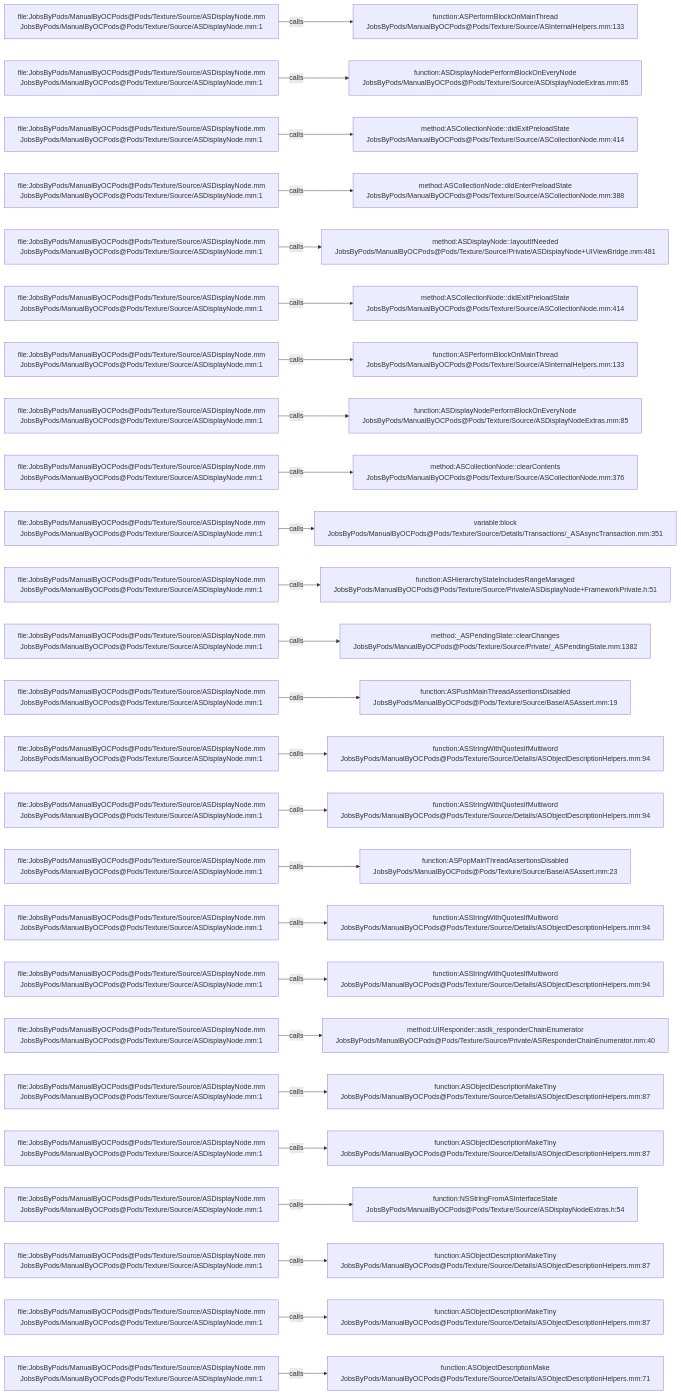
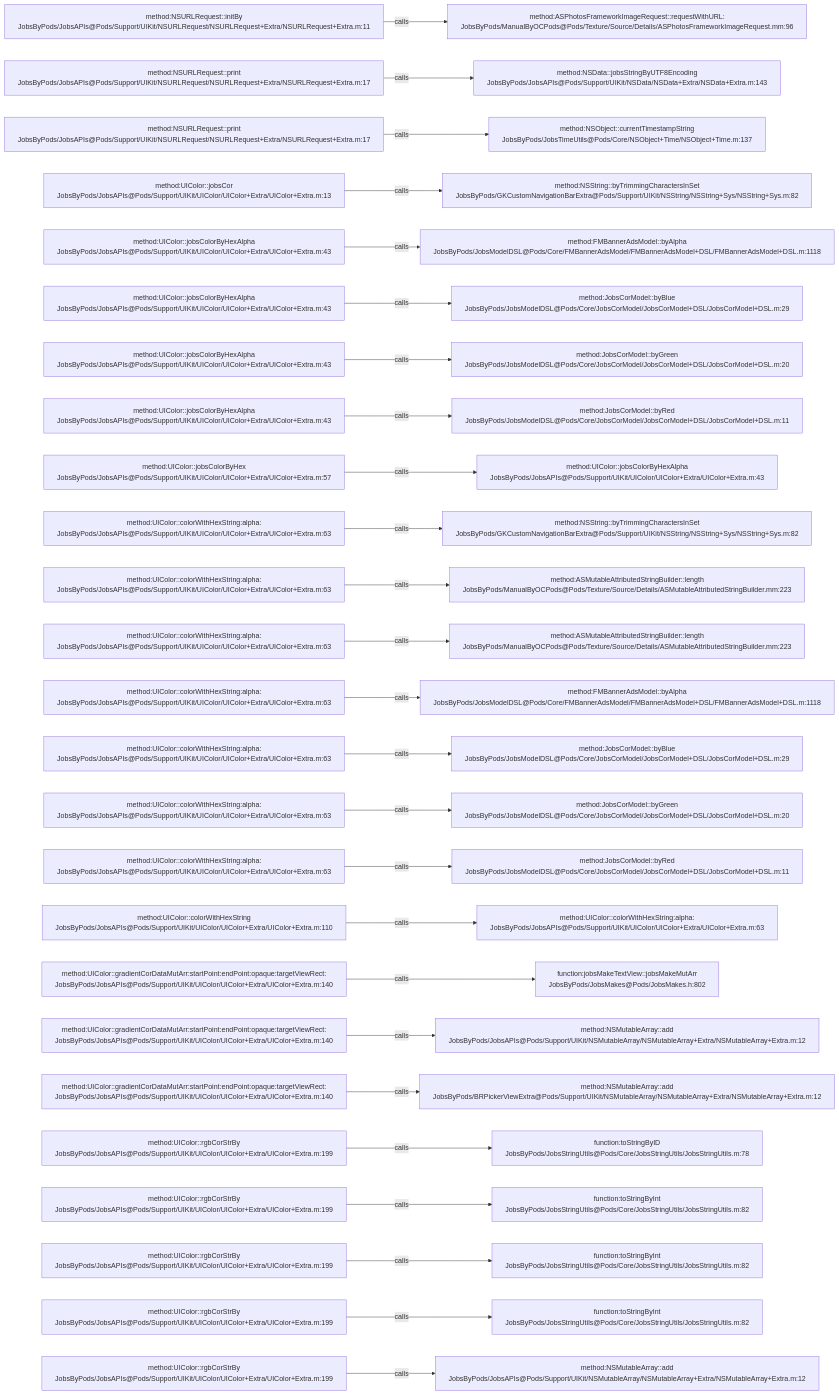
Before and after one commit to JobsKits/JobsOCBaseConfigDemo: the diagram in .codegraph/codegraph.md/graphs/calls-089.md, drawn with Mermaid. The commit also changed 768 other files, not shown here.

````diff
--- a/.codegraph/codegraph.md/graphs/calls-089.md
+++ b/.codegraph/codegraph.md/graphs/calls-089.md
@@ -13,78 +13,78 @@
 ```mermaid
 flowchart LR
-  S1["file:JobsByPods/ManualByOCPods@Pods/Texture/Source/ASDisplayNode.mm<br/>JobsByPods/ManualByOCPods@Pods/Texture/Source/ASDisplayNode.mm:1"]
-  T1["function:ASPerformBlockOnMainThread<br/>JobsByPods/ManualByOCPods@Pods/Texture/Source/ASInternalHelpers.mm:133"]
+  S1["method:NSURLRequest::initBy<br/>JobsByPods/JobsAPIs@Pods/Support/UIKit/NSURLRequest/NSURLRequest+Extra/NSURLRequest+Extra.m:11"]
+  T1["method:ASPhotosFrameworkImageRequest::requestWithURL:<br/>JobsByPods/ManualByOCPods@Pods/Texture/Source/Details/ASPhotosFrameworkImageRequest.mm:96"]
   S1 -->|calls| T1
-  S2["file:JobsByPods/ManualByOCPods@Pods/Texture/Source/ASDisplayNode.mm<br/>JobsByPods/ManualByOCPods@Pods/Texture/Source/ASDisplayNode.mm:1"]
-  T2["function:ASDisplayNodePerformBlockOnEveryNode<br/>JobsByPods/ManualByOCPods@Pods/Texture/Source/ASDisplayNodeExtras.mm:85"]
+  S2["method:NSURLRequest::print<br/>JobsByPods/JobsAPIs@Pods/Support/UIKit/NSURLRequest/NSURLRequest+Extra/NSURLRequest+Extra.m:17"]
+  T2["method:NSData::jobsStringByUTF8Encoding<br/>JobsByPods/JobsAPIs@Pods/Support/UIKit/NSData/NSData+Extra/NSData+Extra.m:143"]
   S2 -->|calls| T2
-  S3["file:JobsByPods/ManualByOCPods@Pods/Texture/Source/ASDisplayNode.mm<br/>JobsByPods/ManualByOCPods@Pods/Texture/Source/ASDisplayNode.mm:1"]
-  T3["method:ASCollectionNode::didExitPreloadState<br/>JobsByPods/ManualByOCPods@Pods/Texture/Source/ASCollectionNode.mm:414"]
+  S3["method:NSURLRequest::print<br/>JobsByPods/JobsAPIs@Pods/Support/UIKit/NSURLRequest/NSURLRequest+Extra/NSURLRequest+Extra.m:17"]
+  T3["method:NSObject::currentTimestampString<br/>JobsByPods/JobsTimeUtils@Pods/Core/NSObject+Time/NSObject+Time.m:137"]
   S3 -->|calls| T3
-  S4["file:JobsByPods/ManualByOCPods@Pods/Texture/Source/ASDisplayNode.mm<br/>JobsByPods/ManualByOCPods@Pods/Texture/Source/ASDisplayNode.mm:1"]
-  T4["method:ASCollectionNode::didEnterPreloadState<br/>JobsByPods/ManualByOCPods@Pods/Texture/Source/ASCollectionNode.mm:388"]
+  S4["method:UIColor::jobsCor<br/>JobsByPods/JobsAPIs@Pods/Support/UIKit/UIColor/UIColor+Extra/UIColor+Extra.m:13"]
+  T4["method:NSString::byTrimmingCharactersInSet<br/>JobsByPods/GKCustomNavigationBarExtra@Pods/Support/UIKit/NSString/NSString+Sys/NSString+Sys.m:82"]
   S4 -->|calls| T4
-  S5["file:JobsByPods/ManualByOCPods@Pods/Texture/Source/ASDisplayNode.mm<br/>JobsByPods/ManualByOCPods@Pods/Texture/Source/ASDisplayNode.mm:1"]
-  T5["method:ASDisplayNode::layoutIfNeeded<br/>JobsByPods/ManualByOCPods@Pods/Texture/Source/Private/ASDisplayNode+UIViewBridge.mm:481"]
+  S5["method:UIColor::jobsColorByHexAlpha<br/>JobsByPods/JobsAPIs@Pods/Support/UIKit/UIColor/UIColor+Extra/UIColor+Extra.m:43"]
+  T5["method:FMBannerAdsModel::byAlpha<br/>JobsByPods/JobsModelDSL@Pods/Core/FMBannerAdsModel/FMBannerAdsModel+DSL/FMBannerAdsModel+DSL.m:1118"]
   S5 -->|calls| T5
-  S6["file:JobsByPods/ManualByOCPods@Pods/Texture/Source/ASDisplayNode.mm<br/>JobsByPods/ManualByOCPods@Pods/Texture/Source/ASDisplayNode.mm:1"]
-  T6["method:ASCollectionNode::didExitPreloadState<br/>JobsByPods/ManualByOCPods@Pods/Texture/Source/ASCollectionNode.mm:414"]
+  S6["method:UIColor::jobsColorByHexAlpha<br/>JobsByPods/JobsAPIs@Pods/Support/UIKit/UIColor/UIColor+Extra/UIColor+Extra.m:43"]
+  T6["method:JobsCorModel::byBlue<br/>JobsByPods/JobsModelDSL@Pods/Core/JobsCorModel/JobsCorModel+DSL/JobsCorModel+DSL.m:29"]
   S6 -->|calls| T6
-  S7["file:JobsByPods/ManualByOCPods@Pods/Texture/Source/ASDisplayNode.mm<br/>JobsByPods/ManualByOCPods@Pods/Texture/Source/ASDisplayNode.mm:1"]
-  T7["function:ASPerformBlockOnMainThread<br/>JobsByPods/ManualByOCPods@Pods/Texture/Source/ASInternalHelpers.mm:133"]
+  S7["method:UIColor::jobsColorByHexAlpha<br/>JobsByPods/JobsAPIs@Pods/Support/UIKit/UIColor/UIColor+Extra/UIColor+Extra.m:43"]
+  T7["method:JobsCorModel::byGreen<br/>JobsByPods/JobsModelDSL@Pods/Core/JobsCorModel/JobsCorModel+DSL/JobsCorModel+DSL.m:20"]
   S7 -->|calls| T7
-  S8["file:JobsByPods/ManualByOCPods@Pods/Texture/Source/ASDisplayNode.mm<br/>JobsByPods/ManualByOCPods@Pods/Texture/Source/ASDisplayNode.mm:1"]
-  T8["function:ASDisplayNodePerformBlockOnEveryNode<br/>JobsByPods/ManualByOCPods@Pods/Texture/Source/ASDisplayNodeExtras.mm:85"]
+  S8["method:UIColor::jobsColorByHexAlpha<br/>JobsByPods/JobsAPIs@Pods/Support/UIKit/UIColor/UIColor+Extra/UIColor+Extra.m:43"]
+  T8["method:JobsCorModel::byRed<br/>JobsByPods/JobsModelDSL@Pods/Core/JobsCorModel/JobsCorModel+DSL/JobsCorModel+DSL.m:11"]
   S8 -->|calls| T8
-  S9["file:JobsByPods/ManualByOCPods@Pods/Texture/Source/ASDisplayNode.mm<br/>JobsByPods/ManualByOCPods@Pods/Texture/Source/ASDisplayNode.mm:1"]
-  T9["method:ASCollectionNode::clearContents<br/>JobsByPods/ManualByOCPods@Pods/Texture/Source/ASCollectionNode.mm:376"]
+  S9["method:UIColor::jobsColorByHex<br/>JobsByPods/JobsAPIs@Pods/Support/UIKit/UIColor/UIColor+Extra/UIColor+Extra.m:57"]
+  T9["method:UIColor::jobsColorByHexAlpha<br/>JobsByPods/JobsAPIs@Pods/Support/UIKit/UIColor/UIColor+Extra/UIColor+Extra.m:43"]
   S9 -->|calls| T9
-  S10["file:JobsByPods/ManualByOCPods@Pods/Texture/Source/ASDisplayNode.mm<br/>JobsByPods/ManualByOCPods@Pods/Texture/Source/ASDisplayNode.mm:1"]
-  T10["variable:block<br/>JobsByPods/ManualByOCPods@Pods/Texture/Source/Details/Transactions/_ASAsyncTransaction.mm:351"]
+  S10["method:UIColor::colorWithHexString:alpha:<br/>JobsByPods/JobsAPIs@Pods/Support/UIKit/UIColor/UIColor+Extra/UIColor+Extra.m:63"]
+  T10["method:NSString::byTrimmingCharactersInSet<br/>JobsByPods/GKCustomNavigationBarExtra@Pods/Support/UIKit/NSString/NSString+Sys/NSString+Sys.m:82"]
   S10 -->|calls| T10
-  S11["file:JobsByPods/ManualByOCPods@Pods/Texture/Source/ASDisplayNode.mm<br/>JobsByPods/ManualByOCPods@Pods/Texture/Source/ASDisplayNode.mm:1"]
-  T11["function:ASHierarchyStateIncludesRangeManaged<br/>JobsByPods/ManualByOCPods@Pods/Texture/Source/Private/ASDisplayNode+FrameworkPrivate.h:51"]
+  S11["method:UIColor::colorWithHexString:alpha:<br/>JobsByPods/JobsAPIs@Pods/Support/UIKit/UIColor/UIColor+Extra/UIColor+Extra.m:63"]
+  T11["method:ASMutableAttributedStringBuilder::length<br/>JobsByPods/ManualByOCPods@Pods/Texture/Source/Details/ASMutableAttributedStringBuilder.mm:223"]
   S11 -->|calls| T11
-  S12["file:JobsByPods/ManualByOCPods@Pods/Texture/Source/ASDisplayNode.mm<br/>JobsByPods/ManualByOCPods@Pods/Texture/Source/ASDisplayNode.mm:1"]
-  T12["method:_ASPendingState::clearChanges<br/>JobsByPods/ManualByOCPods@Pods/Texture/Source/Private/_ASPendingState.mm:1382"]
+  S12["method:UIColor::colorWithHexString:alpha:<br/>JobsByPods/JobsAPIs@Pods/Support/UIKit/UIColor/UIColor+Extra/UIColor+Extra.m:63"]
+  T12["method:ASMutableAttributedStringBuilder::length<br/>JobsByPods/ManualByOCPods@Pods/Texture/Source/Details/ASMutableAttributedStringBuilder.mm:223"]
   S12 -->|calls| T12
-  S13["file:JobsByPods/ManualByOCPods@Pods/Texture/Source/ASDisplayNode.mm<br/>JobsByPods/ManualByOCPods@Pods/Texture/Source/ASDisplayNode.mm:1"]
-  T13["function:ASPushMainThreadAssertionsDisabled<br/>JobsByPods/ManualByOCPods@Pods/Texture/Source/Base/ASAssert.mm:19"]
+  S13["method:UIColor::colorWithHexString:alpha:<br/>JobsByPods/JobsAPIs@Pods/Support/UIKit/UIColor/UIColor+Extra/UIColor+Extra.m:63"]
+  T13["method:FMBannerAdsModel::byAlpha<br/>JobsByPods/JobsModelDSL@Pods/Core/FMBannerAdsModel/FMBannerAdsModel+DSL/FMBannerAdsModel+DSL.m:1118"]
   S13 -->|calls| T13
-  S14["file:JobsByPods/ManualByOCPods@Pods/Texture/Source/ASDisplayNode.mm<br/>JobsByPods/ManualByOCPods@Pods/Texture/Source/ASDisplayNode.mm:1"]
-  T14["function:ASStringWithQuotesIfMultiword<br/>JobsByPods/ManualByOCPods@Pods/Texture/Source/Details/ASObjectDescriptionHelpers.mm:94"]
+  S14["method:UIColor::colorWithHexString:alpha:<br/>JobsByPods/JobsAPIs@Pods/Support/UIKit/UIColor/UIColor+Extra/UIColor+Extra.m:63"]
+  T14["method:JobsCorModel::byBlue<br/>JobsByPods/JobsModelDSL@Pods/Core/JobsCorModel/JobsCorModel+DSL/JobsCorModel+DSL.m:29"]
   S14 -->|calls| T14
-  S15["file:JobsByPods/ManualByOCPods@Pods/Texture/Source/ASDisplayNode.mm<br/>JobsByPods/ManualByOCPods@Pods/Texture/Source/ASDisplayNode.mm:1"]
-  T15["function:ASStringWithQuotesIfMultiword<br/>JobsByPods/ManualByOCPods@Pods/Texture/Source/Details/ASObjectDescriptionHelpers.mm:94"]
+  S15["method:UIColor::colorWithHexString:alpha:<br/>JobsByPods/JobsAPIs@Pods/Support/UIKit/UIColor/UIColor+Extra/UIColor+Extra.m:63"]
+  T15["method:JobsCorModel::byGreen<br/>JobsByPods/JobsModelDSL@Pods/Core/JobsCorModel/JobsCorModel+DSL/JobsCorModel+DSL.m:20"]
   S15 -->|calls| T15
-  S16["file:JobsByPods/ManualByOCPods@Pods/Texture/Source/ASDisplayNode.mm<br/>JobsByPods/ManualByOCPods@Pods/Texture/Source/ASDisplayNode.mm:1"]
-  T16["function:ASPopMainThreadAssertionsDisabled<br/>JobsByPods/ManualByOCPods@Pods/Texture/Source/Base/ASAssert.mm:23"]
+  S16["method:UIColor::colorWithHexString:alpha:<br/>JobsByPods/JobsAPIs@Pods/Support/UIKit/UIColor/UIColor+Extra/UIColor+Extra.m:63"]
+  T16["method:JobsCorModel::byRed<br/>JobsByPods/JobsModelDSL@Pods/Core/JobsCorModel/JobsCorModel+DSL/JobsCorModel+DSL.m:11"]
   S16 -->|calls| T16
-  S17["file:JobsByPods/ManualByOCPods@Pods/Texture/Source/ASDisplayNode.mm<br/>JobsByPods/ManualByOCPods@Pods/Texture/Source/ASDisplayNode.mm:1"]
-  T17["function:ASStringWithQuotesIfMultiword<br/>JobsByPods/ManualByOCPods@Pods/Texture/Source/Details/ASObjectDescriptionHelpers.mm:94"]
+  S17["method:UIColor::colorWithHexString<br/>JobsByPods/JobsAPIs@Pods/Support/UIKit/UIColor/UIColor+Extra/UIColor+Extra.m:110"]
+  T17["method:UIColor::colorWithHexString:alpha:<br/>JobsByPods/JobsAPIs@Pods/Support/UIKit/UIColor/UIColor+Extra/UIColor+Extra.m:63"]
   S17 -->|calls| T17
-  S18["file:JobsByPods/ManualByOCPods@Pods/Texture/Source/ASDisplayNode.mm<br/>JobsByPods/ManualByOCPods@Pods/Texture/Source/ASDisplayNode.mm:1"]
-  T18["function:ASStringWithQuotesIfMultiword<br/>JobsByPods/ManualByOCPods@Pods/Texture/Source/Details/ASObjectDescriptionHelpers.mm:94"]
+  S18["method:UIColor::gradientCorDataMutArr:startPoint:endPoint:opaque:targetViewRect:<br/>JobsByPods/JobsAPIs@Pods/Support/UIKit/UIColor/UIColor+Extra/UIColor+Extra.m:140"]
+  T18["function:jobsMakeTextView::jobsMakeMutArr<br/>JobsByPods/JobsMakes@Pods/JobsMakes.h:802"]
   S18 -->|calls| T18
-  S19["file:JobsByPods/ManualByOCPods@Pods/Texture/Source/ASDisplayNode.mm<br/>JobsByPods/ManualByOCPods@Pods/Texture/Source/ASDisplayNode.mm:1"]
-  T19["method:UIResponder::asdk_responderChainEnumerator<br/>JobsByPods/ManualByOCPods@Pods/Texture/Source/Private/ASResponderChainEnumerator.mm:40"]
+  S19["method:UIColor::gradientCorDataMutArr:startPoint:endPoint:opaque:targetViewRect:<br/>JobsByPods/JobsAPIs@Pods/Support/UIKit/UIColor/UIColor+Extra/UIColor+Extra.m:140"]
+  T19["method:NSMutableArray::add<br/>JobsByPods/JobsAPIs@Pods/Support/UIKit/NSMutableArray/NSMutableArray+Extra/NSMutableArray+Extra.m:12"]
   S19 -->|calls| T19
-  S20["file:JobsByPods/ManualByOCPods@Pods/Texture/Source/ASDisplayNode.mm<br/>JobsByPods/ManualByOCPods@Pods/Texture/Source/ASDisplayNode.mm:1"]
-  T20["function:ASObjectDescriptionMakeTiny<br/>JobsByPods/ManualByOCPods@Pods/Texture/Source/Details/ASObjectDescriptionHelpers.mm:87"]
+  S20["method:UIColor::gradientCorDataMutArr:startPoint:endPoint:opaque:targetViewRect:<br/>JobsByPods/JobsAPIs@Pods/Support/UIKit/UIColor/UIColor+Extra/UIColor+Extra.m:140"]
+  T20["method:NSMutableArray::add<br/>JobsByPods/BRPickerViewExtra@Pods/Support/UIKit/NSMutableArray/NSMutableArray+Extra/NSMutableArray+Extra.m:12"]
   S20 -->|calls| T20
-  S21["file:JobsByPods/ManualByOCPods@Pods/Texture/Source/ASDisplayNode.mm<br/>JobsByPods/ManualByOCPods@Pods/Texture/Source/ASDisplayNode.mm:1"]
-  T21["function:ASObjectDescriptionMakeTiny<br/>JobsByPods/ManualByOCPods@Pods/Texture/Source/Details/ASObjectDescriptionHelpers.mm:87"]
+  S21["method:UIColor::rgbCorStrBy<br/>JobsByPods/JobsAPIs@Pods/Support/UIKit/UIColor/UIColor+Extra/UIColor+Extra.m:199"]
+  T21["function:toStringByID<br/>JobsByPods/JobsStringUtils@Pods/Core/JobsStringUtils/JobsStringUtils.m:78"]
   S21 -->|calls| T21
-  S22["file:JobsByPods/ManualByOCPods@Pods/Texture/Source/ASDisplayNode.mm<br/>JobsByPods/ManualByOCPods@Pods/Texture/Source/ASDisplayNode.mm:1"]
-  T22["function:NSStringFromASInterfaceState<br/>JobsByPods/ManualByOCPods@Pods/Texture/Source/ASDisplayNodeExtras.h:54"]
+  S22["method:UIColor::rgbCorStrBy<br/>JobsByPods/JobsAPIs@Pods/Support/UIKit/UIColor/UIColor+Extra/UIColor+Extra.m:199"]
+  T22["function:toStringByInt<br/>JobsByPods/JobsStringUtils@Pods/Core/JobsStringUtils/JobsStringUtils.m:82"]
   S22 -->|calls| T22
-  S23["file:JobsByPods/ManualByOCPods@Pods/Texture/Source/ASDisplayNode.mm<br/>JobsByPods/ManualByOCPods@Pods/Texture/Source/ASDisplayNode.mm:1"]
-  T23["function:ASObjectDescriptionMakeTiny<br/>JobsByPods/ManualByOCPods@Pods/Texture/Source/Details/ASObjectDescriptionHelpers.mm:87"]
+  S23["method:UIColor::rgbCorStrBy<br/>JobsByPods/JobsAPIs@Pods/Support/UIKit/UIColor/UIColor+Extra/UIColor+Extra.m:199"]
+  T23["function:toStringByInt<br/>JobsByPods/JobsStringUtils@Pods/Core/JobsStringUtils/JobsStringUtils.m:82"]
   S23 -->|calls| T23
-  S24["file:JobsByPods/ManualByOCPods@Pods/Texture/Source/ASDisplayNode.mm<br/>JobsByPods/ManualByOCPods@Pods/Texture/Source/ASDisplayNode.mm:1"]
-  T24["function:ASObjectDescriptionMakeTiny<br/>JobsByPods/ManualByOCPods@Pods/Texture/Source/Details/ASObjectDescriptionHelpers.mm:87"]
+  S24["method:UIColor::rgbCorStrBy<br/>JobsByPods/JobsAPIs@Pods/Support/UIKit/UIColor/UIColor+Extra/UIColor+Extra.m:199"]
+  T24["function:toStringByInt<br/>JobsByPods/JobsStringUtils@Pods/Core/JobsStringUtils/JobsStringUtils.m:82"]
   S24 -->|calls| T24
-  S25["file:JobsByPods/ManualByOCPods@Pods/Texture/Source/ASDisplayNode.mm<br/>JobsByPods/ManualByOCPods@Pods/Texture/Source/ASDisplayNode.mm:1"]
-  T25["function:ASObjectDescriptionMake<br/>JobsByPods/ManualByOCPods@Pods/Texture/Source/Details/ASObjectDescriptionHelpers.mm:71"]
+  S25["method:UIColor::rgbCorStrBy<br/>JobsByPods/JobsAPIs@Pods/Support/UIKit/UIColor/UIColor+Extra/UIColor+Extra.m:199"]
+  T25["method:NSMutableArray::add<br/>JobsByPods/JobsAPIs@Pods/Support/UIKit/NSMutableArray/NSMutableArray+Extra/NSMutableArray+Extra.m:12"]
   S25 -->|calls| T25
 ```
````
